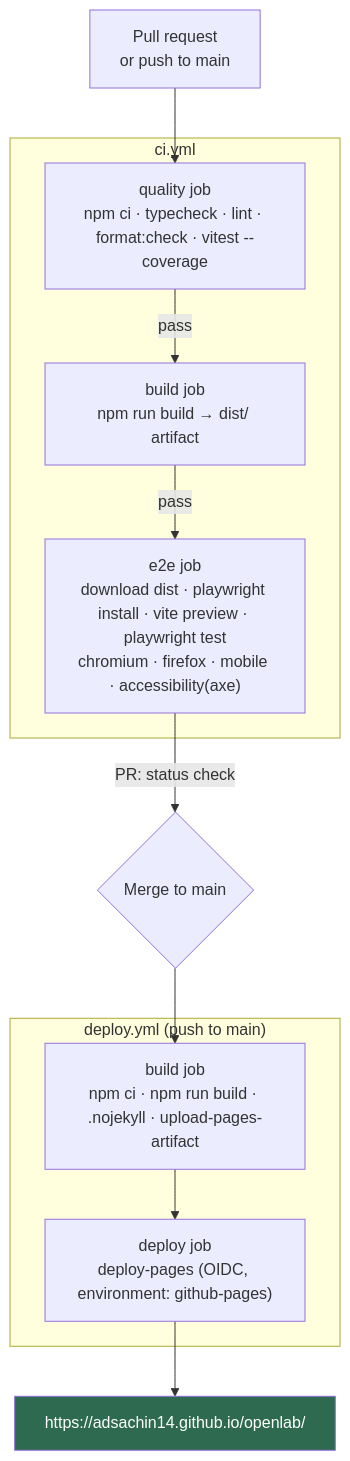
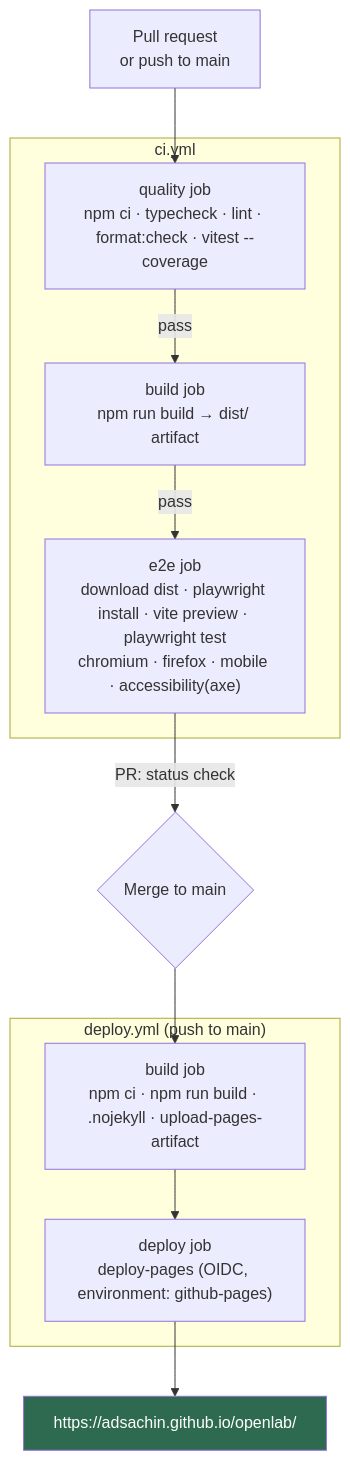
Before and after one commit to ADSACHIN/openlab: the third of 3 diagrams in docs/architecture/SYSTEM_ARCHITECTURE.md, drawn with Mermaid. The commit also changed other lines of this file and 69 other files, not shown here.

````diff
--- a/docs/architecture/SYSTEM_ARCHITECTURE.md
+++ b/docs/architecture/SYSTEM_ARCHITECTURE.md
@@ -77,24 +77,24 @@
 ```mermaid
 flowchart TB
   PR["Pull request<br/>or push to main"] --> Q
 
   subgraph CI["ci.yml"]
     Q["quality job<br/>npm ci · typecheck · lint · format:check · vitest --coverage"]
     B["build job<br/>npm run build → dist/ artifact"]
     E["e2e job<br/>download dist · playwright install · vite preview · playwright test<br/>chromium · firefox · mobile · accessibility(axe)"]
     Q -->|pass| B -->|pass| E
   end
 
   E -->|"PR: status check"| Merge{"Merge to main"}
   Merge --> D
 
   subgraph CD["deploy.yml (push to main)"]
     D["build job<br/>npm ci · npm run build · .nojekyll · upload-pages-artifact"]
     P["deploy job<br/>deploy-pages (OIDC, environment: github-pages)"]
     D --> P
   end
 
-  P --> Live["https://adsachin14.github.io/openlab/"]
+  P --> Live["https://adsachin.github.io/openlab/"]
 
   style Live fill:#2d6a4f,color:#fff
 ```
````
